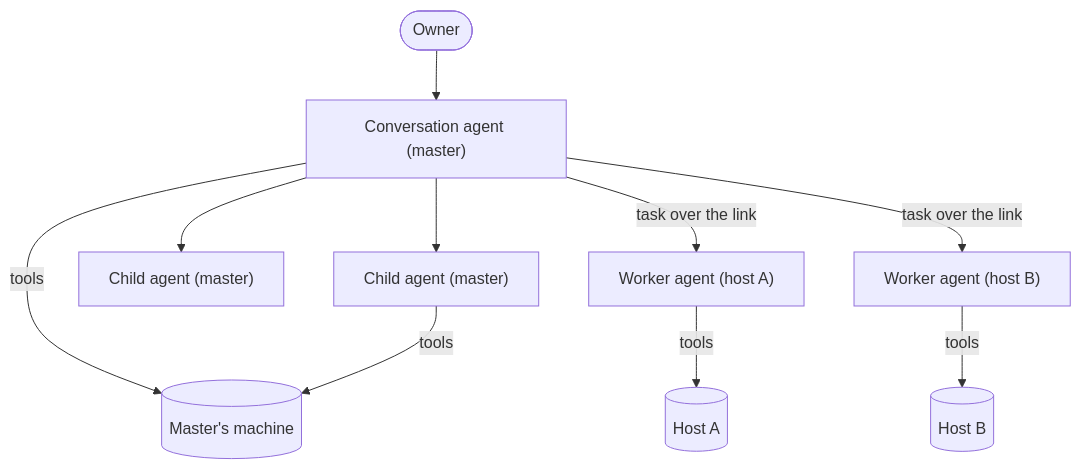
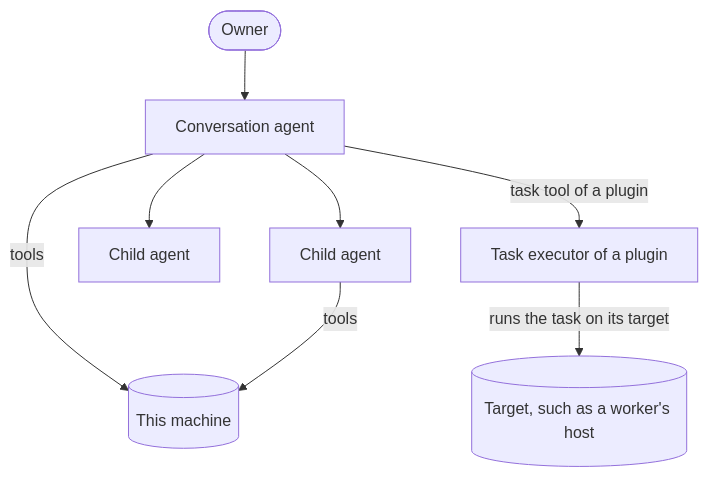
One commit to limbon2/mannie changed the diagram in docs/architecture/orchestration.md. Above: the diagram before and after it, drawn with Mermaid. The commit also changed other lines of this file and 337 other files, not shown here.

````diff
--- a/docs/architecture/orchestration.md
+++ b/docs/architecture/orchestration.md
@@ -13,12 +13,10 @@
 ```mermaid
 flowchart TD
-  Owner([Owner]) --> CA["Conversation agent (master)"]
-  CA --> C1["Child agent (master)"]
-  CA --> C2["Child agent (master)"]
-  CA -->|task over the link| WA["Worker agent (host A)"]
-  CA -->|task over the link| WB["Worker agent (host B)"]
-  CA -->|tools| M[("Master's machine")]
+  Owner([Owner]) --> CA[Conversation agent]
+  CA --> C1[Child agent]
+  CA --> C2[Child agent]
+  CA -->|task tool of a plugin| E[Task executor of a plugin]
+  E -->|runs the task on its target| T[("Target, such as a worker's host")]
+  CA -->|tools| M[("This machine")]
   C1 -->|tools| M
-  WA -->|tools| HA[("Host A")]
-  WB -->|tools| HB[("Host B")]
 ```
````
